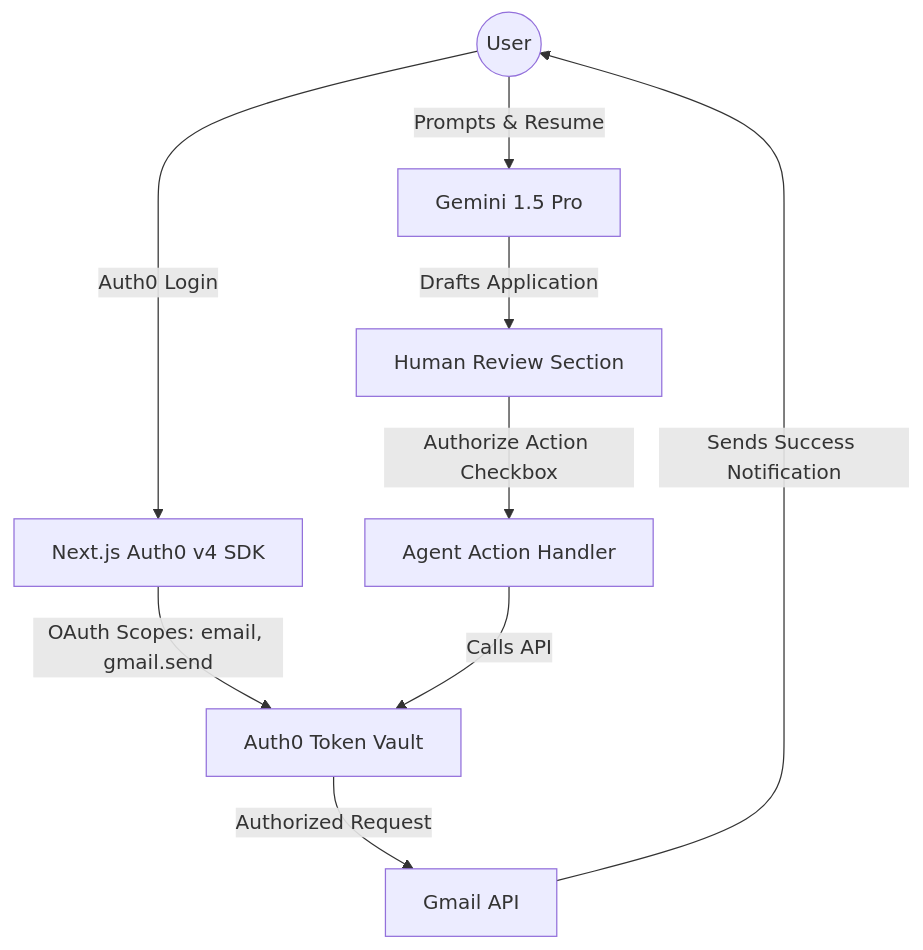
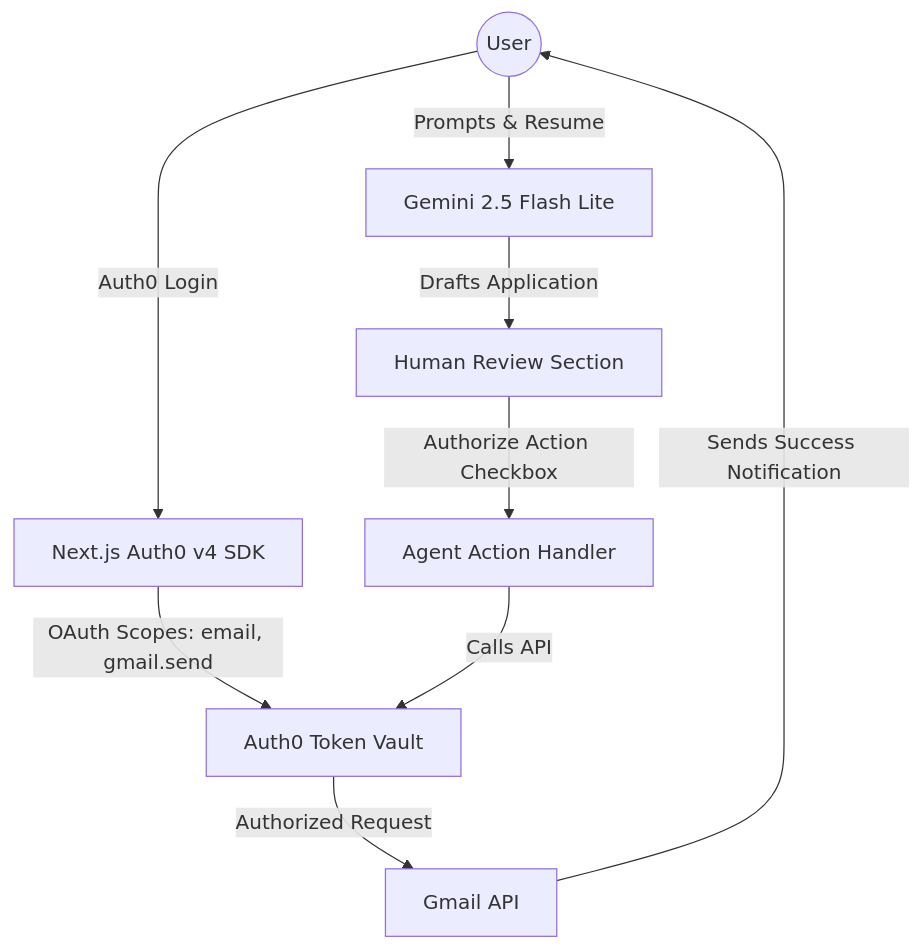
One commit to devkurtaxcel/ApplyAgent changed the diagram in README.md. Above: the diagram before and after it, drawn with Mermaid. The commit also changed 2 other files, not shown here.

Commit message:
chore: update .gitignore with internal workspace files

````diff
--- a/README.md
+++ b/README.md
@@ -18,11 +18,11 @@
 ```mermaid
 graph TD
     User((User)) -->|Auth0 Login| SDK[Next.js Auth0 v4 SDK]
     SDK -->|OAuth Scopes: email, gmail.send| TV[Auth0 Token Vault]
-    User -->|Prompts & Resume| AI[Gemini 1.5 Pro]
+    User -->|Prompts & Resume| AI[Gemini 2.5 Flash Lite]
     AI -->|Drafts Application| Review[Human Review Section]
     Review -->|Authorize Action Checkbox| Exec[Agent Action Handler]
     Exec -->|Calls API| TV
     TV -->|Authorized Request| Gmail[Gmail API]
     Gmail -->|Sends Success Notification| User
 ```
````
